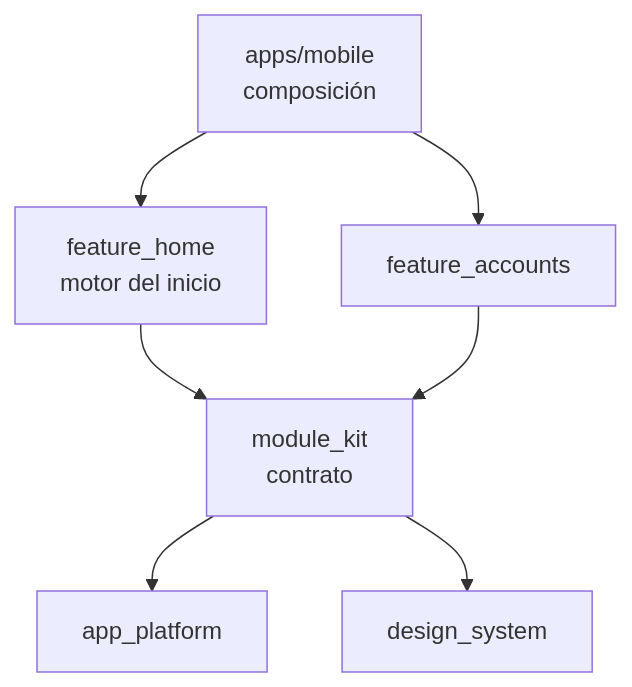
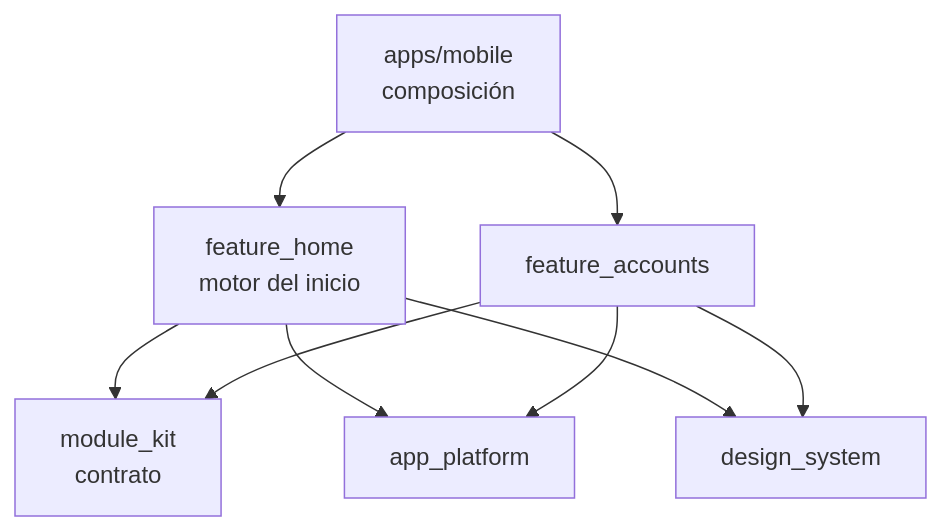
One commit to hveitia/flutter_senior_dev_challenge_bi changed the diagram in docs/adr/0013-registro-de-modulos-y-motor-del-inicio.md. Above: the diagram before and after it, drawn with Mermaid. The commit also changed other lines of this file and 6 other files, not shown here.

````diff
--- a/docs/adr/0013-registro-de-modulos-y-motor-del-inicio.md
+++ b/docs/adr/0013-registro-de-modulos-y-motor-del-inicio.md
@@ -31,16 +31,18 @@
 ```mermaid
 flowchart TB
   app[apps/mobile<br/>composición]
   home[feature_home<br/>motor del inicio]
   accounts[feature_accounts]
   kit[module_kit<br/>contrato]
   platform[app_platform]
   ds[design_system]
 
   app --> home
   app --> accounts
   home --> kit
   accounts --> kit
-  kit --> platform
-  kit --> ds
+  home --> platform
+  home --> ds
+  accounts --> platform
+  accounts --> ds
 ```
````
